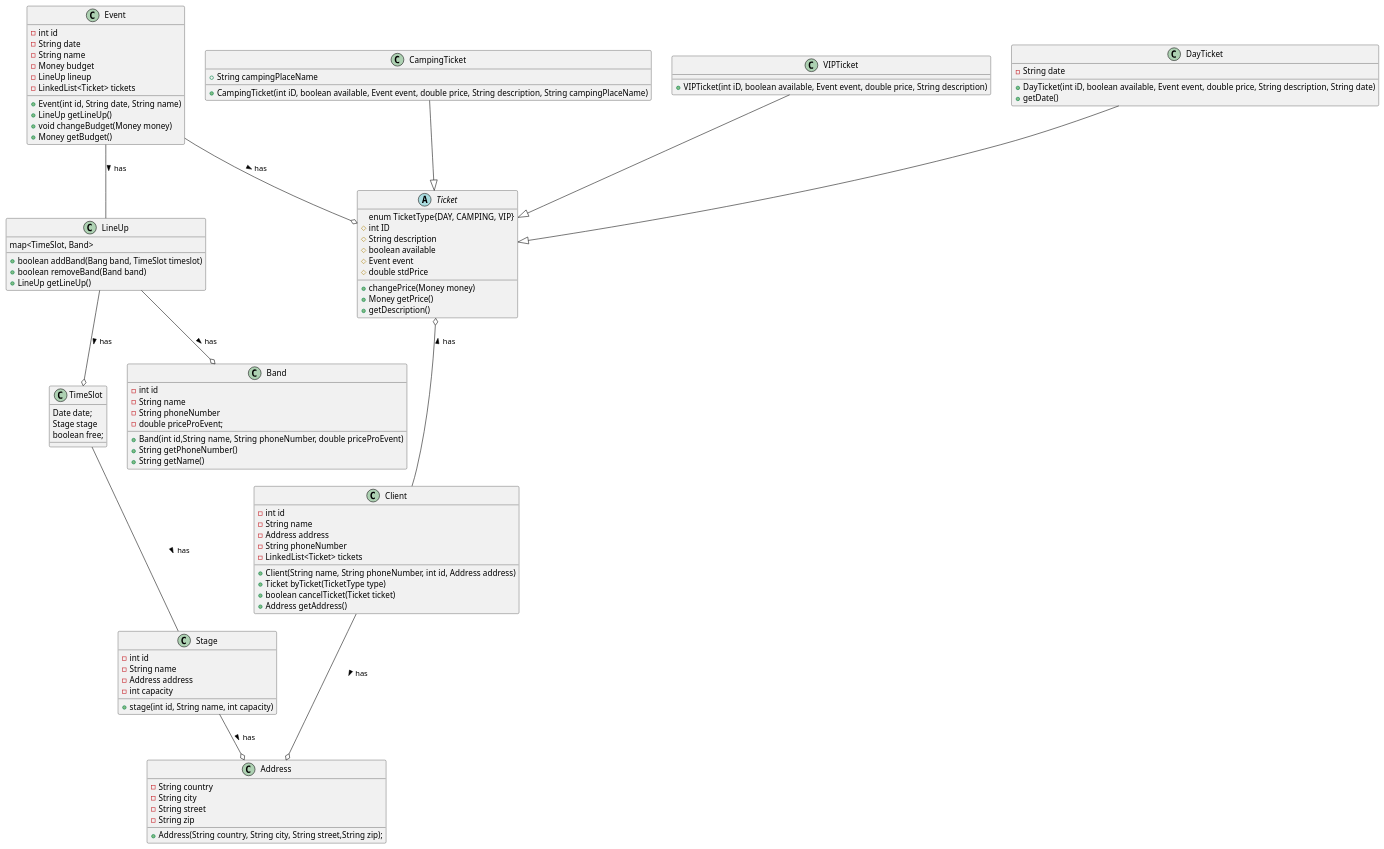
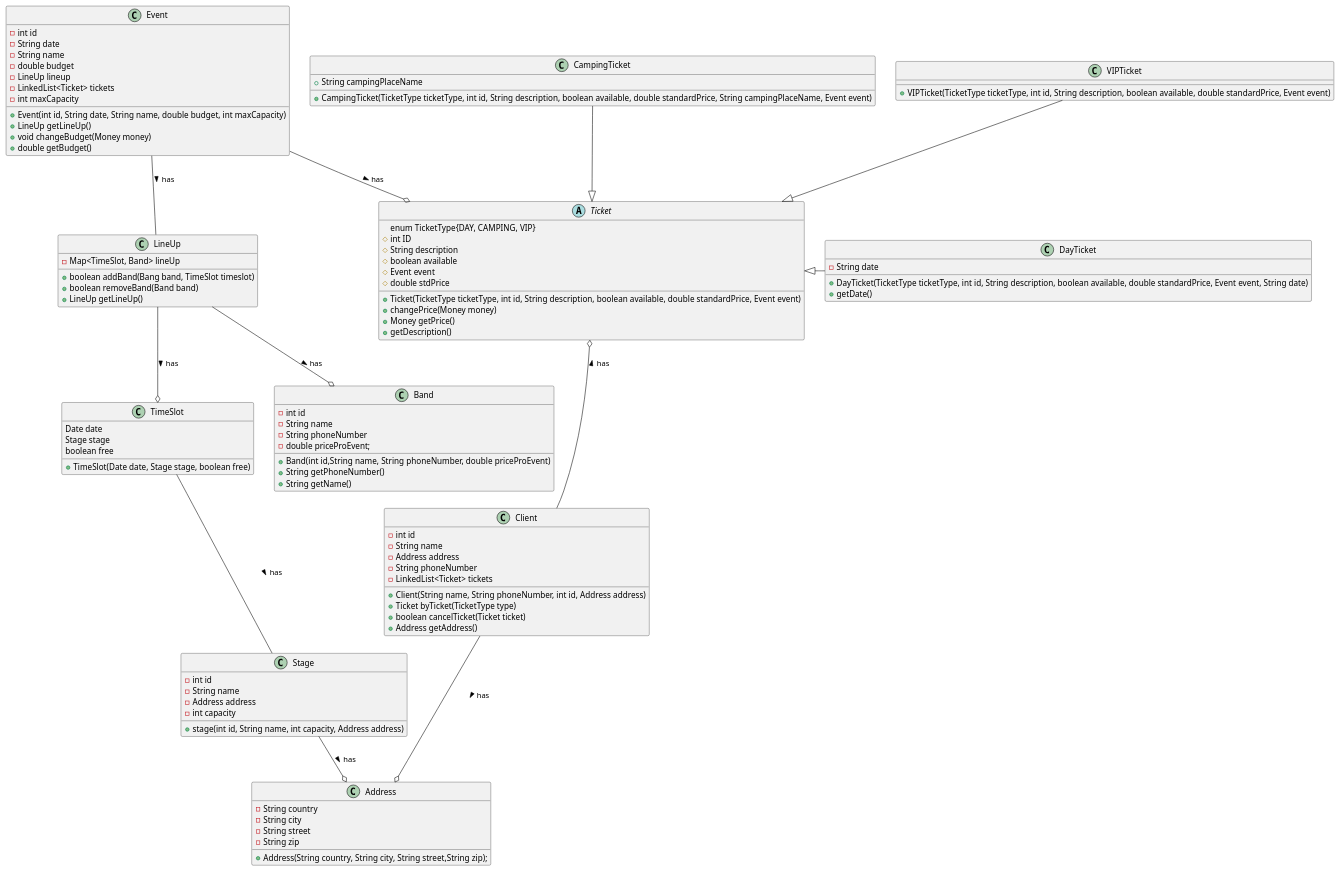
One commit to fh-erfurt/bord-festival changed the diagram in classDiagram.iuml. Above: the diagram before and after it, drawn with PlantUML.

Commit message:
Classdiagram updated

```diff
--- a/classDiagram.iuml
+++ b/classDiagram.iuml
@@ -1,96 +1,108 @@
 @startuml
 Event --o Ticket : > has
 Event -- LineUp : > has
 Ticket o-- Client : < has
 CampingTicket --|> Ticket
 VIPTicket --|> Ticket
-DayTicket --|> Ticket
+DayTicket -left-|> Ticket
 Stage --o Address : > has
 Client --o Address : > has
 TimeSlot -- Stage : > has
 LineUp --o TimeSlot : > has
 LineUp --o Band : > has
-
 
 class Client{
 -int id
 -String name
 -Address address
 -String phoneNumber
 -LinkedList<Ticket> tickets
 +Client(String name, String phoneNumber, int id, Address address)
 +Ticket byTicket(TicketType type)
 +boolean cancelTicket(Ticket ticket)
 +Address getAddress()
 }
+
 abstract class Ticket{
 enum TicketType{DAY, CAMPING, VIP}
 #int ID
 #String description
 #boolean available
 #Event event
 #double stdPrice
++Ticket(TicketType ticketType, int id, String description, boolean available, double standardPrice, Event event)
 +changePrice(Money money)
 +Money getPrice()
 +getDescription()
 }
 
 class Event{
 -int id
 -String date
 -String name
--Money budget
+-double budget
 -LineUp lineup
 -LinkedList<Ticket> tickets
-+Event(int id, String date, String name)
+-int maxCapacity
++Event(int id, String date, String name, double budget, int maxCapacity)
 +LineUp getLineUp()
 +void changeBudget(Money money)
-+Money getBudget()
++double getBudget()
 }
+
 class Band{
 -int id
 -String name
 -String phoneNumber
 -double priceProEvent;
 +Band(int id,String name, String phoneNumber, double priceProEvent)
 +String getPhoneNumber()
 +String getName()
 }
+
 class Stage{
 -int id
 -String name
 -Address address
 -int capacity
-+stage(int id, String name, int capacity)
++stage(int id, String name, int capacity, Address address)
 }
+
 class Address{
 -String country
 -String city
 -String street
 -String zip
 +Address(String country, String city, String street,String zip);
 }
+
 class DayTicket{
 -String date
-+DayTicket(int iD, boolean available, Event event, double price, String description, String date)
++DayTicket(TicketType ticketType, int id, String description, boolean available, double standardPrice, Event event, String date)
 +getDate()
 }
+
 class CampingTicket{
 +String campingPlaceName
-+CampingTicket(int iD, boolean available, Event event, double price, String description, String campingPlaceName)
++CampingTicket(TicketType ticketType, int id, String description, boolean available, double standardPrice, String campingPlaceName, Event event)
 }
+
 class VIPTicket{
-+VIPTicket(int iD, boolean available, Event event, double price, String description)
++VIPTicket(TicketType ticketType, int id, String description, boolean available, double standardPrice, Event event)
 }
+
 class LineUp{
-map<TimeSlot, Band>
+-Map<TimeSlot, Band> lineUp
 +boolean addBand(Bang band, TimeSlot timeslot)
 +boolean removeBand(Band band)
 +LineUp getLineUp()
 }
+
 class TimeSlot{
-Date date;
+Date date
 Stage stage
-boolean free;
+boolean free
++TimeSlot(Date date, Stage stage, boolean free)
 }
+
 @enduml
```
